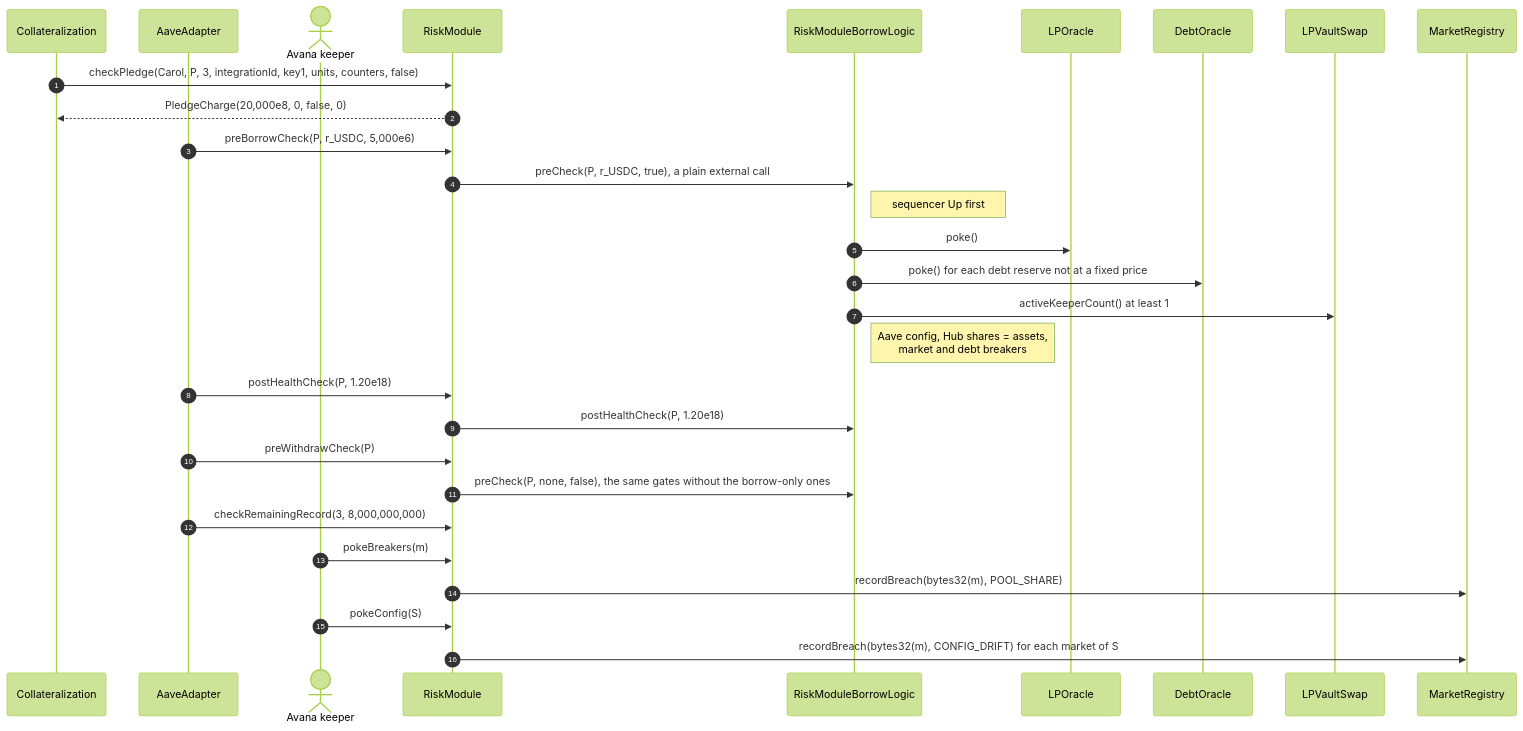
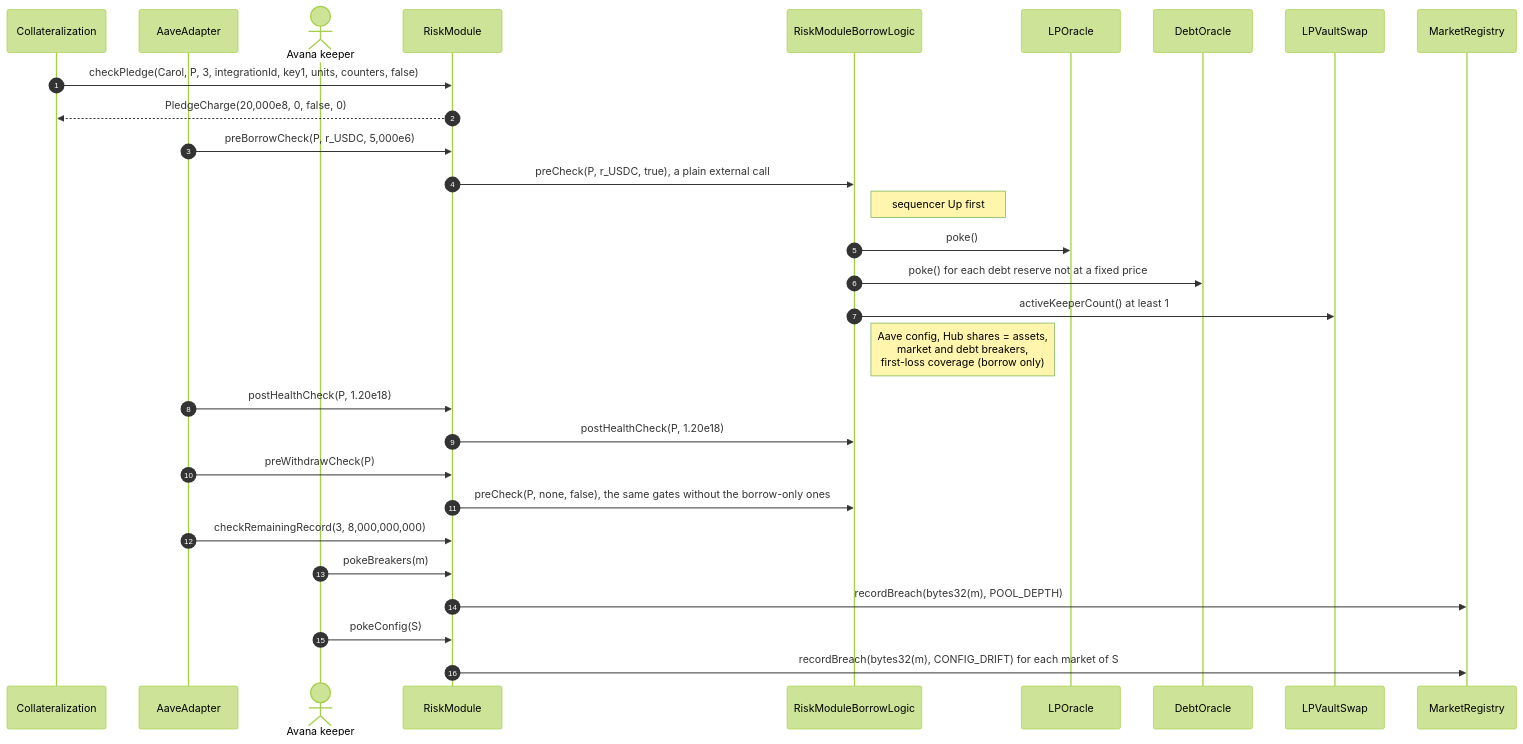
One commit to Avana-Labs/avana-monorepo changed the diagram in contracts/src/policy/risk-module/LIFECYCLE.md. Above: the diagram before and after it, drawn with Mermaid (forest theme). The commit also changed other lines of this file and 123 other files, not shown here.

First line of the commit message:
Base first-loss coverage on the summed Aave draw caps

````diff
--- a/contracts/src/policy/risk-module/LIFECYCLE.md
+++ b/contracts/src/policy/risk-module/LIFECYCLE.md
@@ -5,31 +5,31 @@
 ```mermaid
 sequenceDiagram
   autonumber
   participant CO as Collateralization
   participant AD as AaveAdapter
   actor K as Avana keeper
   participant RM as RiskModule
   participant BL as RiskModuleBorrowLogic
   participant O as LPOracle
   participant DO as DebtOracle
   participant SW as LPVaultSwap
   participant MR as MarketRegistry
   CO->>RM: checkPledge(Carol, P, 3, integrationId, key1, units, counters, false)
   RM-->>CO: PledgeCharge(20,000e8, 0, false, 0)
   AD->>RM: preBorrowCheck(P, r_USDC, 5,000e6)
   RM->>BL: preCheck(P, r_USDC, true), a plain external call
   Note right of BL: sequencer Up first
   BL->>O: poke()
   BL->>DO: poke() for each debt reserve not at a fixed price
   BL->>SW: activeKeeperCount() at least 1
-  Note right of BL: Aave config, Hub shares = assets,<br/>market and debt breakers
+  Note right of BL: Aave config, Hub shares = assets,<br/>market and debt breakers,<br/>first-loss coverage (borrow only)
   AD->>RM: postHealthCheck(P, 1.20e18)
   RM->>BL: postHealthCheck(P, 1.20e18)
   AD->>RM: preWithdrawCheck(P)
   RM->>BL: preCheck(P, none, false), the same gates without the borrow-only ones
   AD->>RM: checkRemainingRecord(3, 8,000,000,000)
   K->>RM: pokeBreakers(m)
-  RM->>MR: recordBreach(bytes32(m), POOL_SHARE)
+  RM->>MR: recordBreach(bytes32(m), POOL_DEPTH)
   K->>RM: pokeConfig(S)
   RM->>MR: recordBreach(bytes32(m), CONFIG_DRIFT) for each market of S
 ```
````
